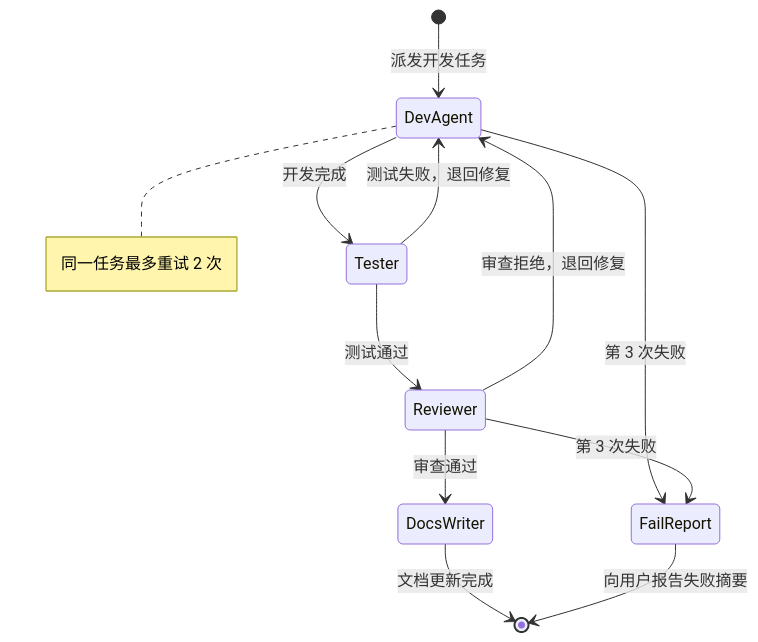
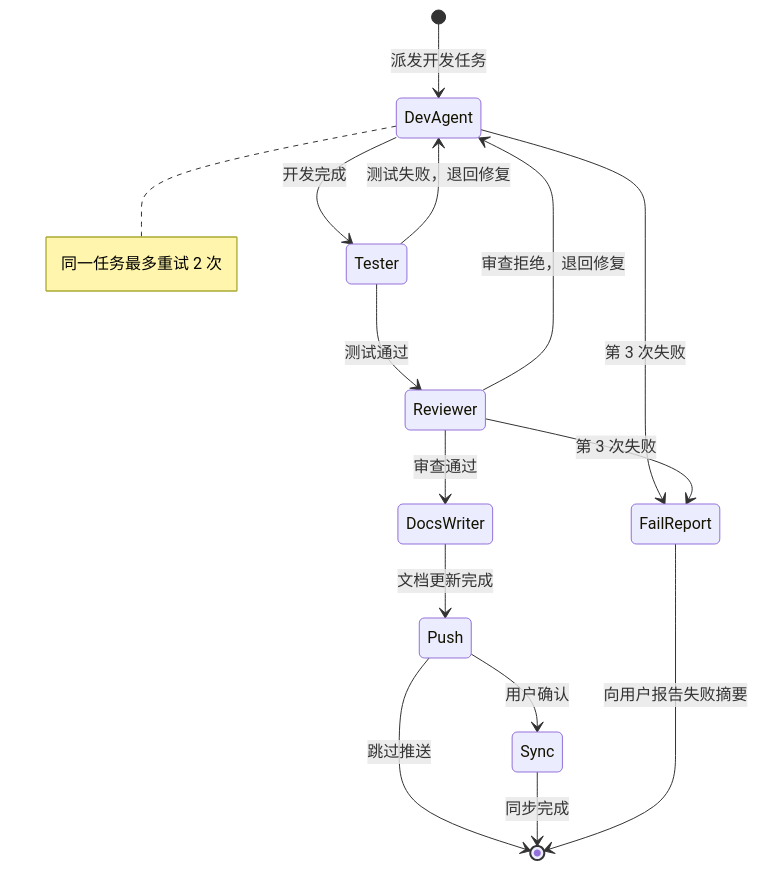
One commit to syl-lsy/Trip-AI changed the fourth of 4 diagrams in docs/agent-workflow.md. Above: the diagram before and after it, drawn with Mermaid. The commit also changed other lines of this file and 58 other files, not shown here.

````diff
--- a/docs/agent-workflow.md
+++ b/docs/agent-workflow.md
@@ -433,15 +443,18 @@
 ```mermaid
 stateDiagram-v2
     [*] --> DevAgent: 派发开发任务
     DevAgent --> Tester: 开发完成
     Tester --> DevAgent: 测试失败，退回修复
     Tester --> Reviewer: 测试通过
     Reviewer --> DevAgent: 审查拒绝，退回修复
     Reviewer --> DocsWriter: 审查通过
-    DocsWriter --> [*]: 文档更新完成
+    DocsWriter --> Push: 文档更新完成
+    Push --> Sync: 用户确认
+    Push --> [*]: 跳过推送
+    Sync --> [*]: 同步完成
 
     note right of DevAgent: 同一任务最多重试 2 次
     DevAgent --> FailReport: 第 3 次失败
     Reviewer --> FailReport: 第 3 次失败
     FailReport --> [*]: 向用户报告失败摘要
 ```
````
